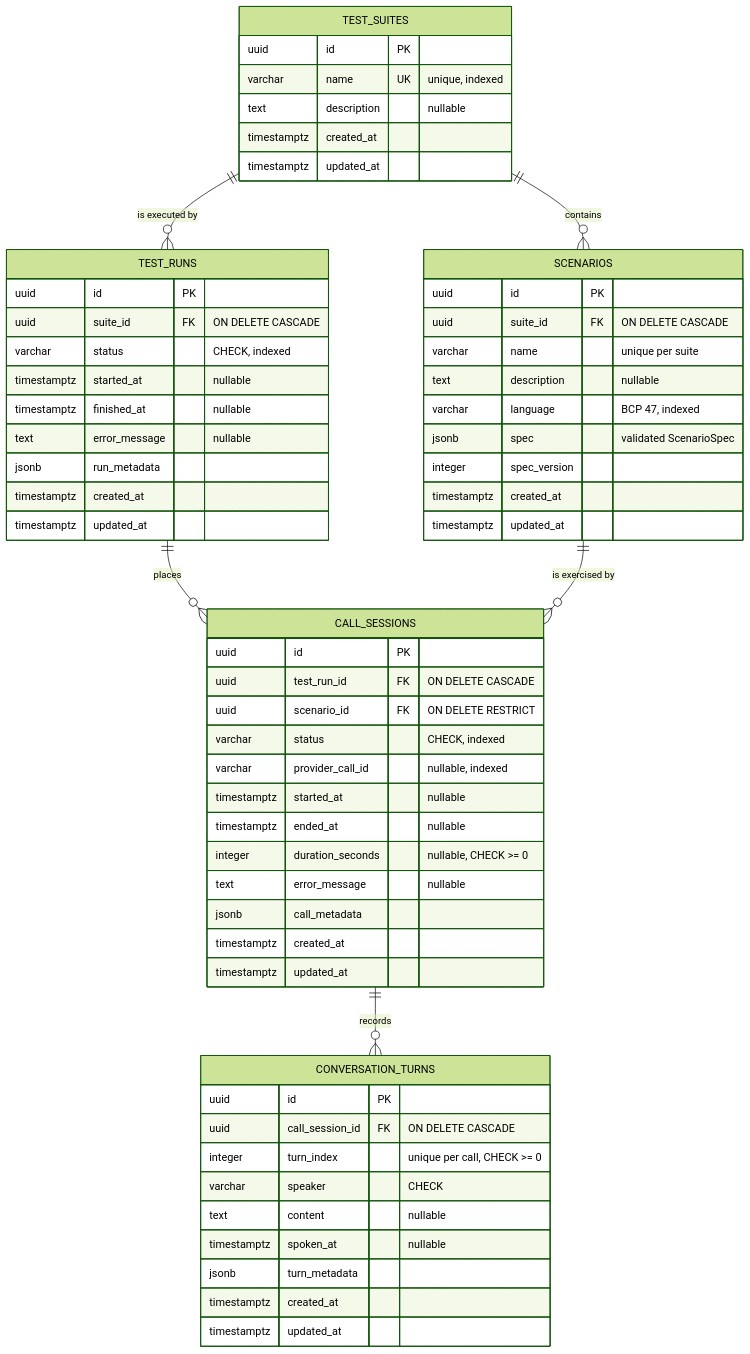
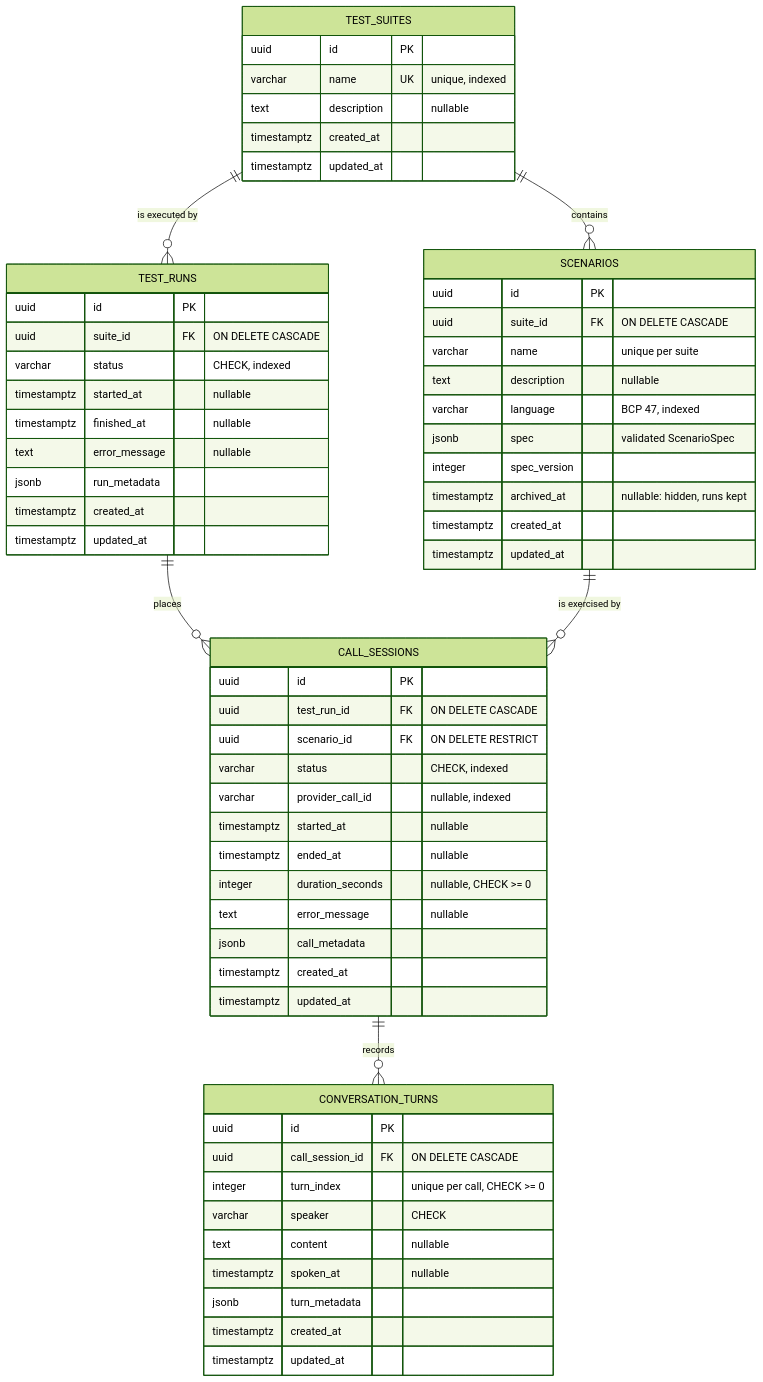
One commit to YushBytes/BhashaBench changed the diagram in docs/DATABASE.md. Above: the diagram before and after it, drawn with Mermaid (forest theme). The commit also changed other lines of this file and 12 other files, not shown here.

````diff
--- a/docs/DATABASE.md
+++ b/docs/DATABASE.md
@@ -34,67 +34,68 @@
 ```mermaid
 erDiagram
     TEST_SUITES ||--o{ SCENARIOS : "contains"
     TEST_SUITES ||--o{ TEST_RUNS : "is executed by"
     TEST_RUNS ||--o{ CALL_SESSIONS : "places"
     SCENARIOS ||--o{ CALL_SESSIONS : "is exercised by"
     CALL_SESSIONS ||--o{ CONVERSATION_TURNS : "records"
 
     TEST_SUITES {
         uuid id PK
         varchar name UK "unique, indexed"
         text description "nullable"
         timestamptz created_at
         timestamptz updated_at
     }
 
     SCENARIOS {
         uuid id PK
         uuid suite_id FK "ON DELETE CASCADE"
         varchar name "unique per suite"
         text description "nullable"
         varchar language "BCP 47, indexed"
         jsonb spec "validated ScenarioSpec"
         integer spec_version
+        timestamptz archived_at "nullable: hidden, runs kept"
         timestamptz created_at
         timestamptz updated_at
     }
 
     TEST_RUNS {
         uuid id PK
         uuid suite_id FK "ON DELETE CASCADE"
         varchar status "CHECK, indexed"
         timestamptz started_at "nullable"
         timestamptz finished_at "nullable"
         text error_message "nullable"
         jsonb run_metadata
         timestamptz created_at
         timestamptz updated_at
     }
 
     CALL_SESSIONS {
         uuid id PK
         uuid test_run_id FK "ON DELETE CASCADE"
         uuid scenario_id FK "ON DELETE RESTRICT"
         varchar status "CHECK, indexed"
         varchar provider_call_id "nullable, indexed"
         timestamptz started_at "nullable"
         timestamptz ended_at "nullable"
         integer duration_seconds "nullable, CHECK >= 0"
         text error_message "nullable"
         jsonb call_metadata
         timestamptz created_at
         timestamptz updated_at
     }
 
     CONVERSATION_TURNS {
         uuid id PK
         uuid call_session_id FK "ON DELETE CASCADE"
         integer turn_index "unique per call, CHECK >= 0"
         varchar speaker "CHECK"
         text content "nullable"
         timestamptz spoken_at "nullable"
         jsonb turn_metadata
         timestamptz created_at
         timestamptz updated_at
     }
 ```
````
